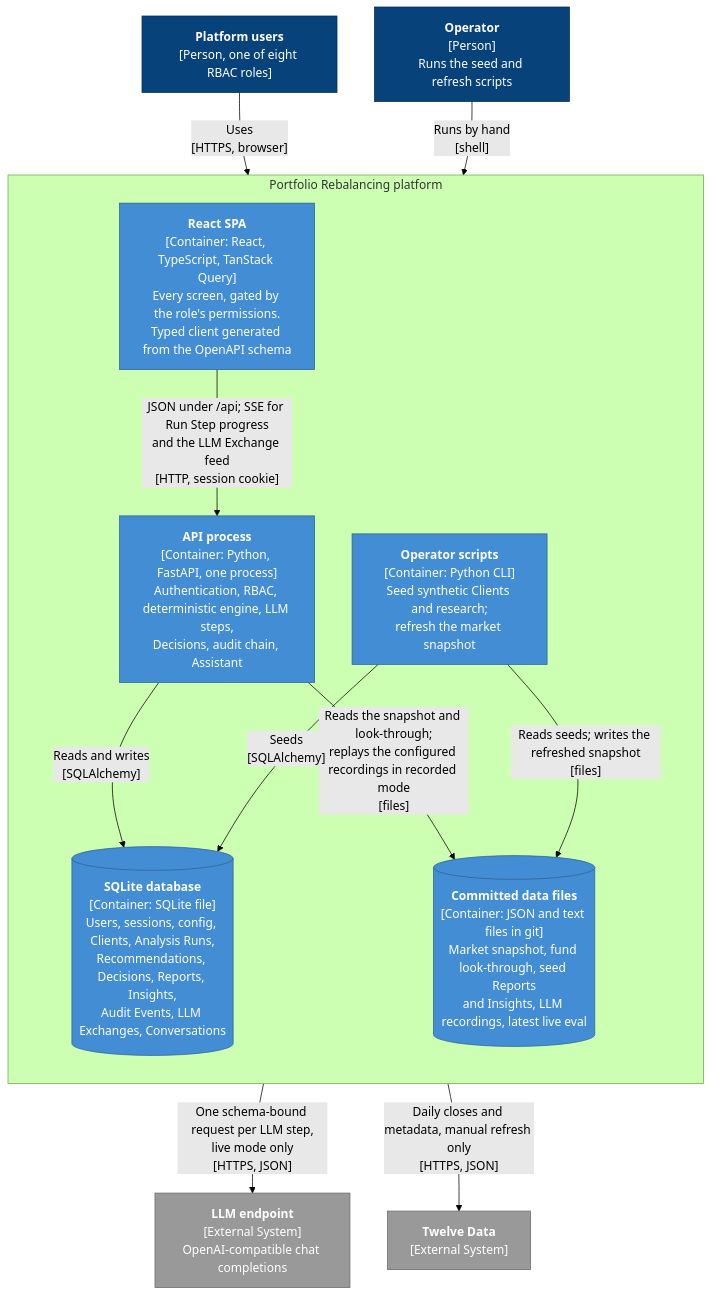
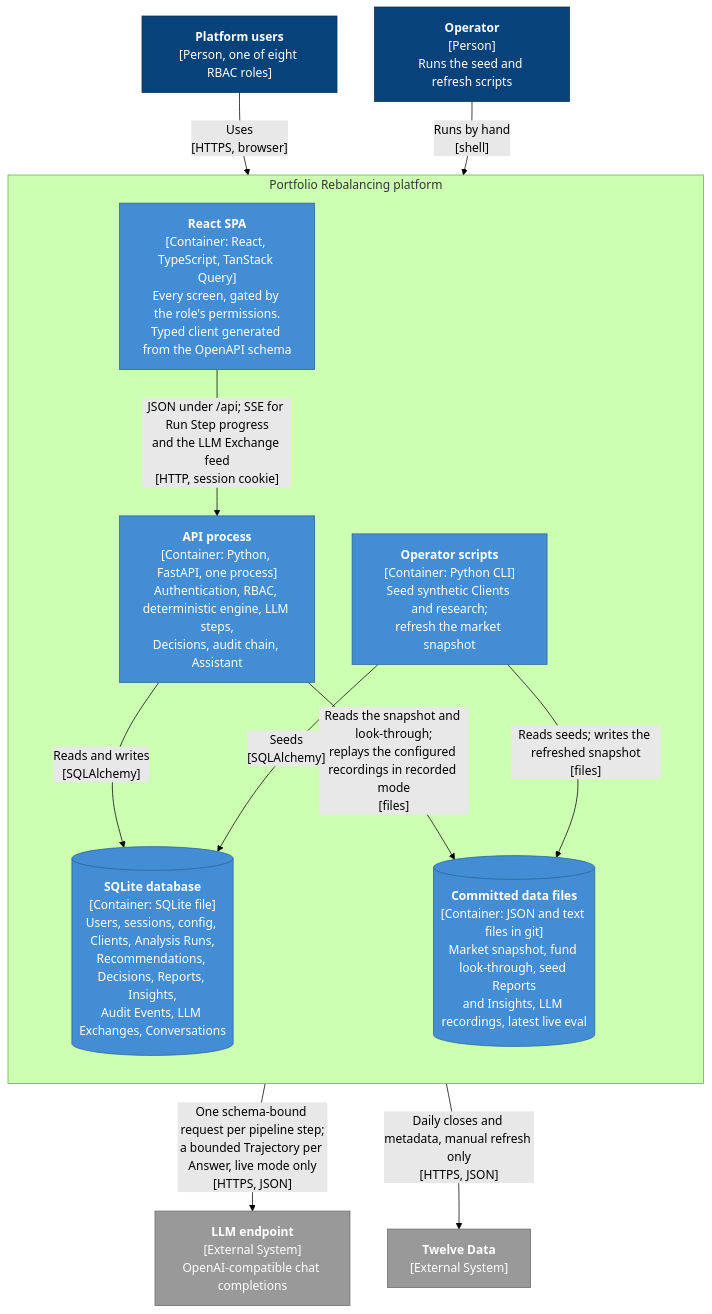
The first of 2 diagrams in docs/architecture/05-building-block-view.md (anir-kent/alpha-portfolio-ai), drawn with Mermaid (forest theme) before and after one commit. The commit also changed other lines of this file and 57 other files, not shown here.

````diff
--- a/docs/architecture/05-building-block-view.md
+++ b/docs/architecture/05-building-block-view.md
@@ -11,34 +11,34 @@
 ```mermaid
 flowchart TB
   users["<b>Platform users</b><br/>[Person, one of eight RBAC roles]"]
   operator["<b>Operator</b><br/>[Person]<br/>Runs the seed and refresh scripts"]
 
   subgraph platform["Portfolio Rebalancing platform"]
     direction TB
     spa["<b>React SPA</b><br/>[Container: React, TypeScript, TanStack Query]<br/>Every screen, gated by the role's permissions.<br/>Typed client generated from the OpenAPI schema"]
     api["<b>API process</b><br/>[Container: Python, FastAPI, one process]<br/>Authentication, RBAC, deterministic engine, LLM steps,<br/>Decisions, audit chain, Assistant"]
     scripts["<b>Operator scripts</b><br/>[Container: Python CLI]<br/>Seed synthetic Clients and research;<br/>refresh the market snapshot"]
     db[("<b>SQLite database</b><br/>[Container: SQLite file]<br/>Users, sessions, config, Clients, Analysis Runs,<br/>Recommendations, Decisions, Reports, Insights,<br/>Audit Events, LLM Exchanges, Conversations")]
     files[("<b>Committed data files</b><br/>[Container: JSON and text files in git]<br/>Market snapshot, fund look-through, seed Reports<br/>and Insights, LLM recordings, latest live eval")]
   end
 
   llm["<b>LLM endpoint</b><br/>[External System]<br/>OpenAI-compatible chat completions"]
   twelve["<b>Twelve Data</b><br/>[External System]"]
 
   users -->|"Uses<br/>[HTTPS, browser]"| spa
   spa -->|"JSON under /api; SSE for Run Step progress<br/>and the LLM Exchange feed<br/>[HTTP, session cookie]"| api
   api -->|"Reads and writes<br/>[SQLAlchemy]"| db
   api -->|"Reads the snapshot and look-through;<br/>replays the configured recordings in recorded mode<br/>[files]"| files
-  api -->|"One schema-bound request per LLM step,<br/>live mode only<br/>[HTTPS, JSON]"| llm
+  api -->|"One schema-bound request per pipeline step;<br/>a bounded Trajectory per Answer, live mode only<br/>[HTTPS, JSON]"| llm
   operator -->|"Runs by hand<br/>[shell]"| scripts
   scripts -->|"Seeds<br/>[SQLAlchemy]"| db
   scripts -->|"Reads seeds; writes the refreshed snapshot<br/>[files]"| files
   scripts -->|"Daily closes and metadata, manual refresh only<br/>[HTTPS, JSON]"| twelve
 
   classDef person fill:#08427b,stroke:#052e56,color:#ffffff
   classDef container fill:#438dd5,stroke:#2e6295,color:#ffffff
   classDef external fill:#999999,stroke:#6b6b6b,color:#ffffff
   class users,operator person
   class spa,api,scripts,db,files container
   class llm,twelve external
 ```
````
